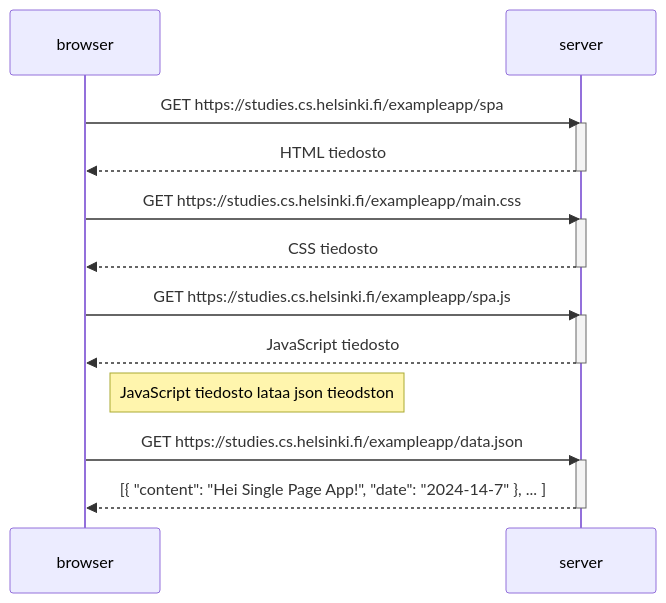
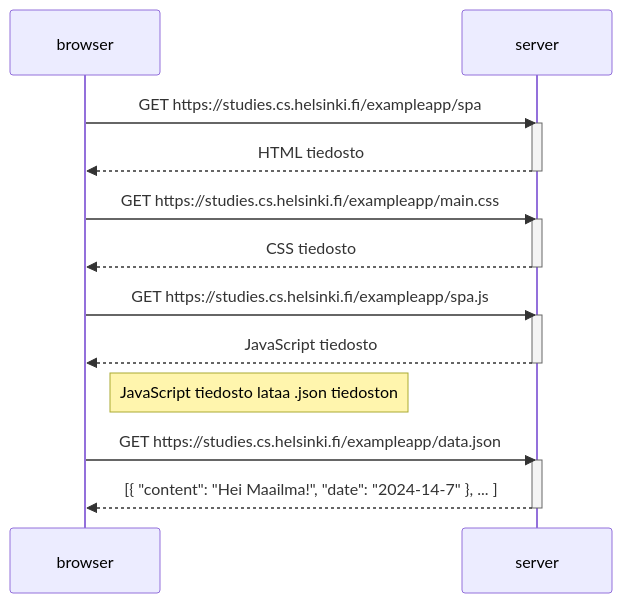
The diagram in osa0/0.5: Single Page App.md (anonymous2301/palautusrepositorio), drawn with Mermaid before and after one commit.

Commit message:
Update 0.5: Single Page App.md

````diff
--- a/osa0/0.5: Single Page App.md
+++ b/osa0/0.5: Single Page App.md
@@ -3,29 +3,29 @@
 ```mermaid
 sequenceDiagram
 
   participant browser
   participant server
 
   browser->>server: GET https://studies.cs.helsinki.fi/exampleapp/spa
   activate server
   server-->>browser: HTML tiedosto
   deactivate server
 
   browser->>server: GET https://studies.cs.helsinki.fi/exampleapp/main.css
   activate server
   server-->>browser: CSS tiedosto
   deactivate server
 
   browser->>server: GET https://studies.cs.helsinki.fi/exampleapp/spa.js
   activate server
   server-->>browser: JavaScript tiedosto
   deactivate server
 
-  Note right of browser: JavaScript tiedosto lataa json tieodston
+  Note right of browser: JavaScript tiedosto lataa .json tiedoston
 
   browser->>server: GET https://studies.cs.helsinki.fi/exampleapp/data.json
   activate server
-  server-->>browser: [{ "content": "Hei Single Page App!", "date": "2024-14-7" }, ... ]
+  server-->>browser: [{ "content": "Hei Maailma!", "date": "2024-14-7" }, ... ]
   deactivate server
 
 ```
````
